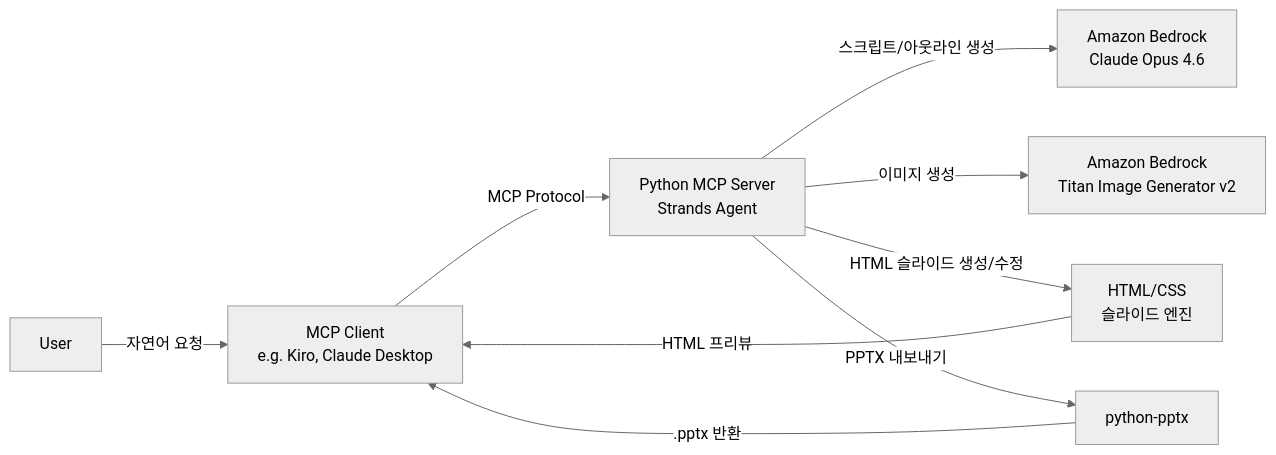
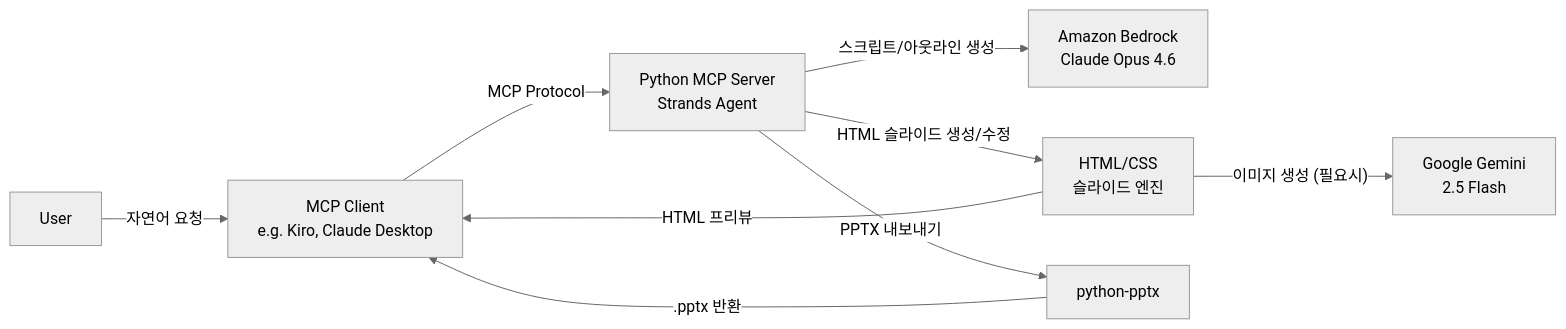
One commit to haandol/ppt-generator changed the first of 3 diagrams in docs/ppt-generator.alps.md. Above: the diagram before and after it, drawn with Mermaid (neutral theme). The commit also changed other lines of this file and 31 other files, not shown here.

````diff
--- a/docs/ppt-generator.alps.md
+++ b/docs/ppt-generator.alps.md
@@ -104,11 +103,11 @@
 ```mermaid
 flowchart LR
     User -- "자연어 요청" --> MCPClient[MCP Client\ne.g. Kiro, Claude Desktop]
     MCPClient -- "MCP Protocol" --> MCPServer[Python MCP Server\nStrands Agent]
     MCPServer -- "스크립트/아웃라인 생성" --> Bedrock[Amazon Bedrock\nClaude Opus 4.6]
-    MCPServer -- "이미지 생성" --> TitanImage[Amazon Bedrock\nTitan Image Generator v2]
     MCPServer -- "HTML 슬라이드 생성/수정" --> HTMLEngine[HTML/CSS\n슬라이드 엔진]
+    HTMLEngine -- "이미지 생성 (필요시)" --> Gemini[Google Gemini\n2.5 Flash]
     MCPServer -- "PPTX 내보내기" --> PythonPptx[python-pptx]
     HTMLEngine -- "HTML 프리뷰" --> MCPClient
     PythonPptx -- ".pptx 반환" --> MCPClient
 ```
````
